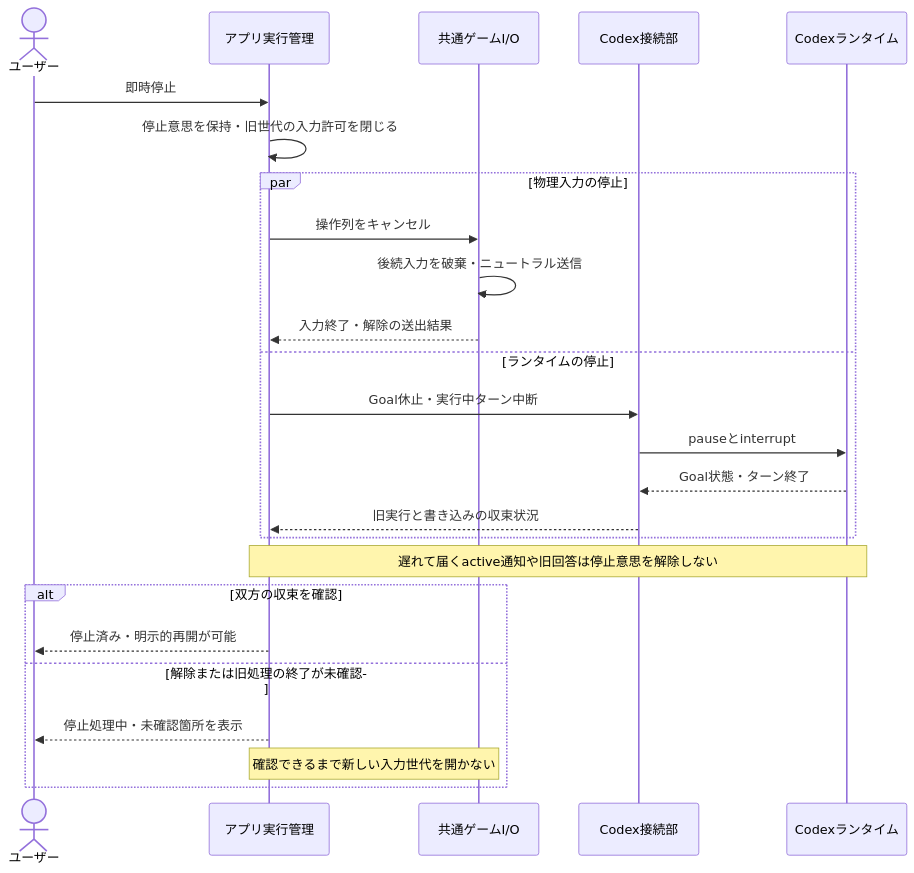
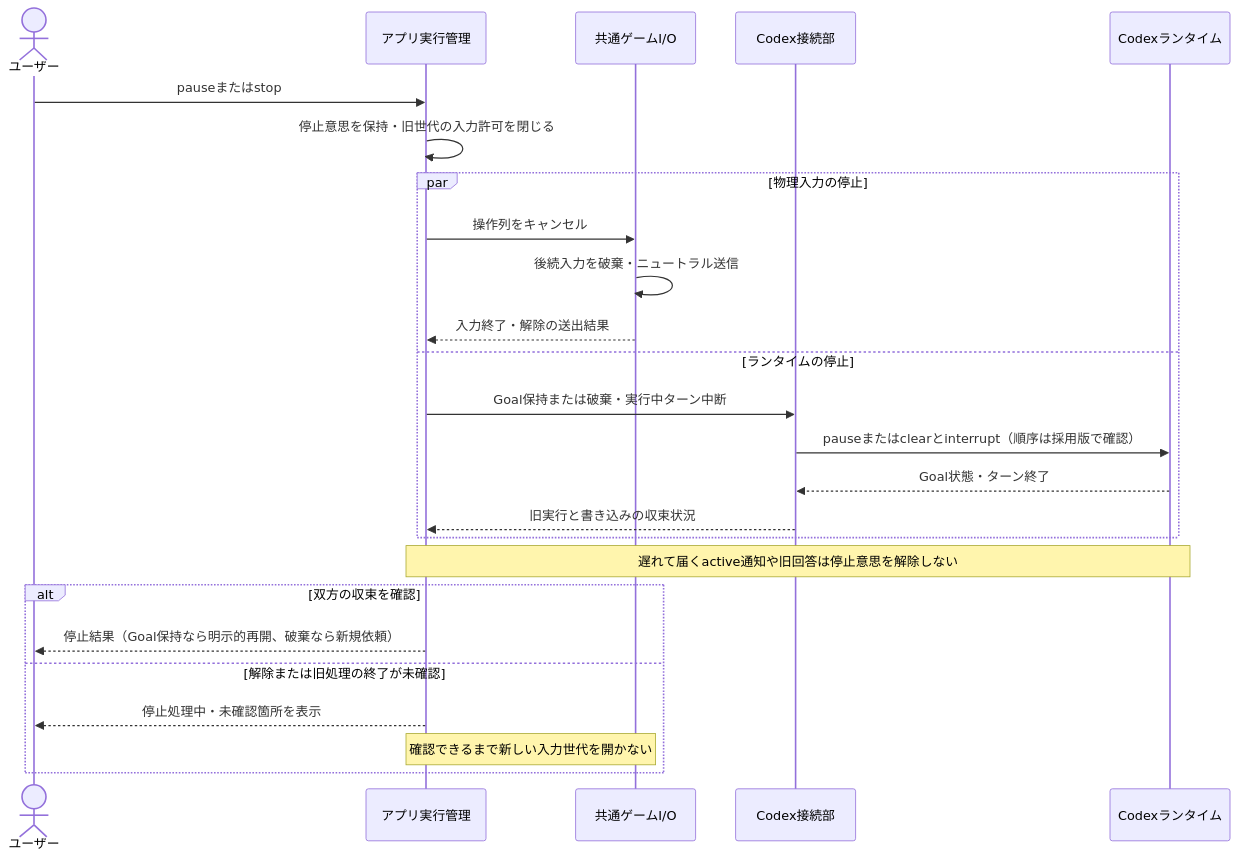
Before and after one commit to niart120/Project_Gigas: the fifth of 8 diagrams in spec/initial/09-control-flows.md, drawn with Mermaid. The commit also changed other lines of this file and 14 other files, not shown here.

````diff
--- a/spec/initial/09-control-flows.md
+++ b/spec/initial/09-control-flows.md
@@ -217,27 +213,27 @@
 ```mermaid
 sequenceDiagram
     actor U as ユーザー
     participant A as アプリ実行管理
     participant G as 共通ゲームI/O
     participant C as Codex接続部
     participant R as Codexランタイム
-    U->>A: 即時停止
+    U->>A: pauseまたはstop
     A->>A: 停止意思を保持・旧世代の入力許可を閉じる
     par 物理入力の停止
         A->>G: 操作列をキャンセル
         G->>G: 後続入力を破棄・ニュートラル送信
         G-->>A: 入力終了・解除の送出結果
     and ランタイムの停止
-        A->>C: Goal休止・実行中ターン中断
-        C->>R: pauseとinterrupt
+        A->>C: Goal保持または破棄・実行中ターン中断
+        C->>R: pauseまたはclearとinterrupt（順序は採用版で確認）
         R-->>C: Goal状態・ターン終了
         C-->>A: 旧実行と書き込みの収束状況
     end
     Note over A,R: 遅れて届くactive通知や旧回答は停止意思を解除しない
     alt 双方の収束を確認
-        A-->>U: 停止済み・明示的再開が可能
+        A-->>U: 停止結果（Goal保持なら明示的再開、破棄なら新規依頼）
     else 解除または旧処理の終了が未確認
         A-->>U: 停止処理中・未確認箇所を表示
         Note over A,G: 確認できるまで新しい入力世代を開かない
     end
 ```
````
